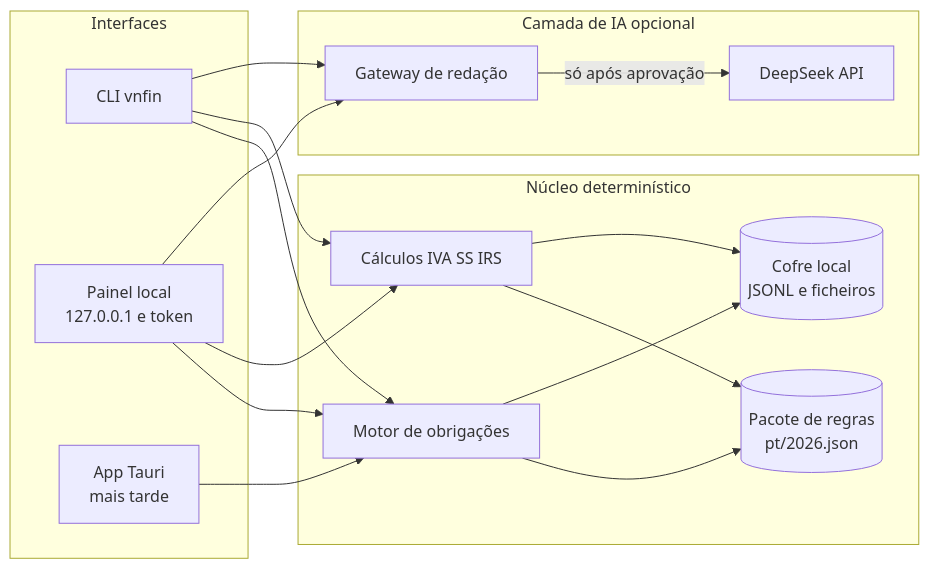
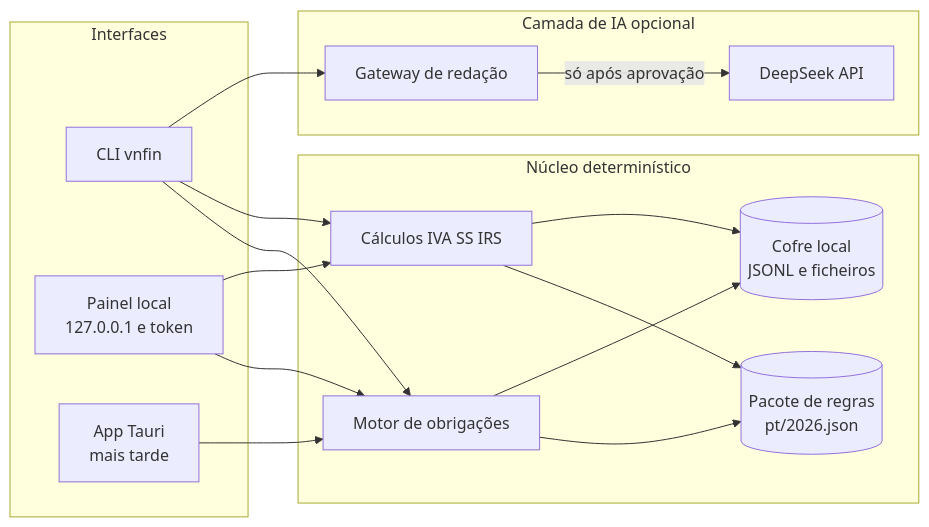
One commit to vecnode/vn-finance changed the diagram in ARCHITECTURE.md. Above: the diagram before and after it, drawn with Mermaid. The commit also changed other lines of this file and 8 other files, not shown here.

````diff
--- a/ARCHITECTURE.md
+++ b/ARCHITECTURE.md
@@ -26,30 +26,29 @@
 ```mermaid
 flowchart LR
     subgraph UI["Interfaces"]
         CLI["CLI vnfin"]
         WEB["Painel local<br/>127.0.0.1 e token"]
         APP["App Tauri<br/>mais tarde"]
     end
     subgraph CORE["Núcleo determinístico"]
         CAL["Motor de obrigações"]
         EST["Cálculos IVA SS IRS"]
         RULES[("Pacote de regras<br/>pt/2026.json")]
         VAULT[("Cofre local<br/>JSONL e ficheiros")]
     end
     subgraph AI["Camada de IA opcional"]
         RED["Gateway de redação"]
         DS["DeepSeek API"]
     end
     CLI --> CAL
     WEB --> CAL
     APP --> CAL
     CLI --> EST
     WEB --> EST
     CAL --> RULES
     CAL --> VAULT
     EST --> RULES
     EST --> VAULT
     CLI --> RED
-    WEB --> RED
     RED -->|só após aprovação| DS
 ```
````
